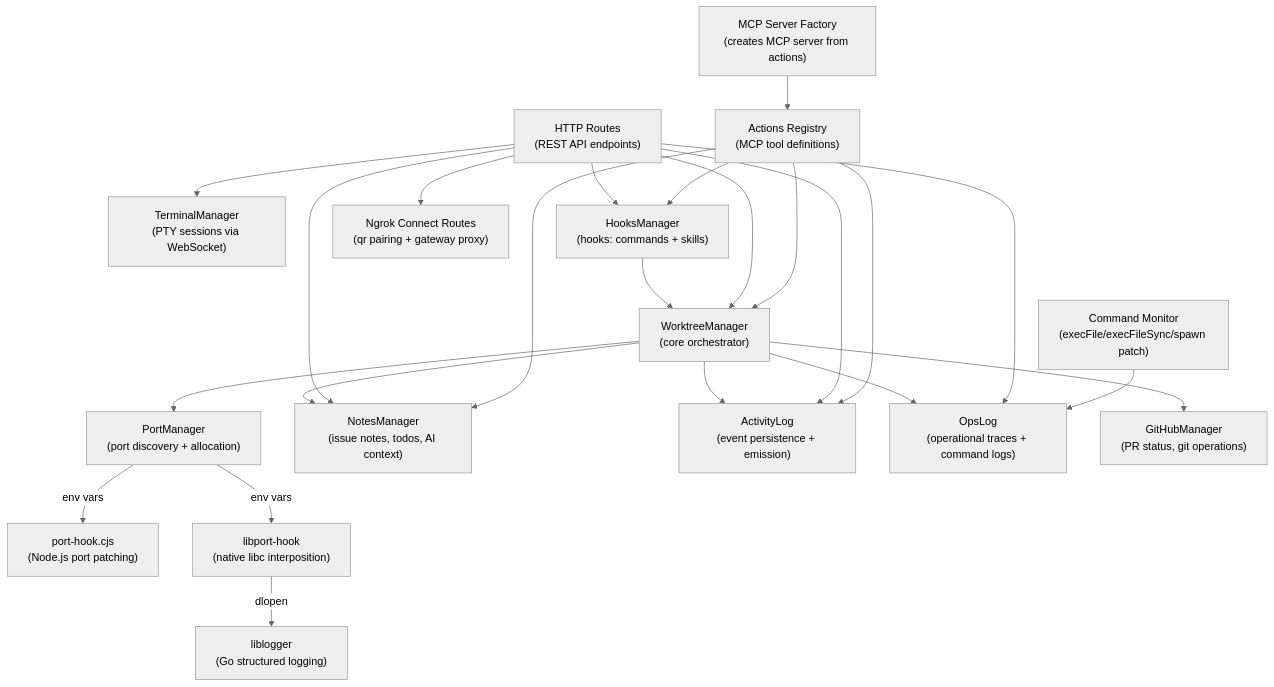
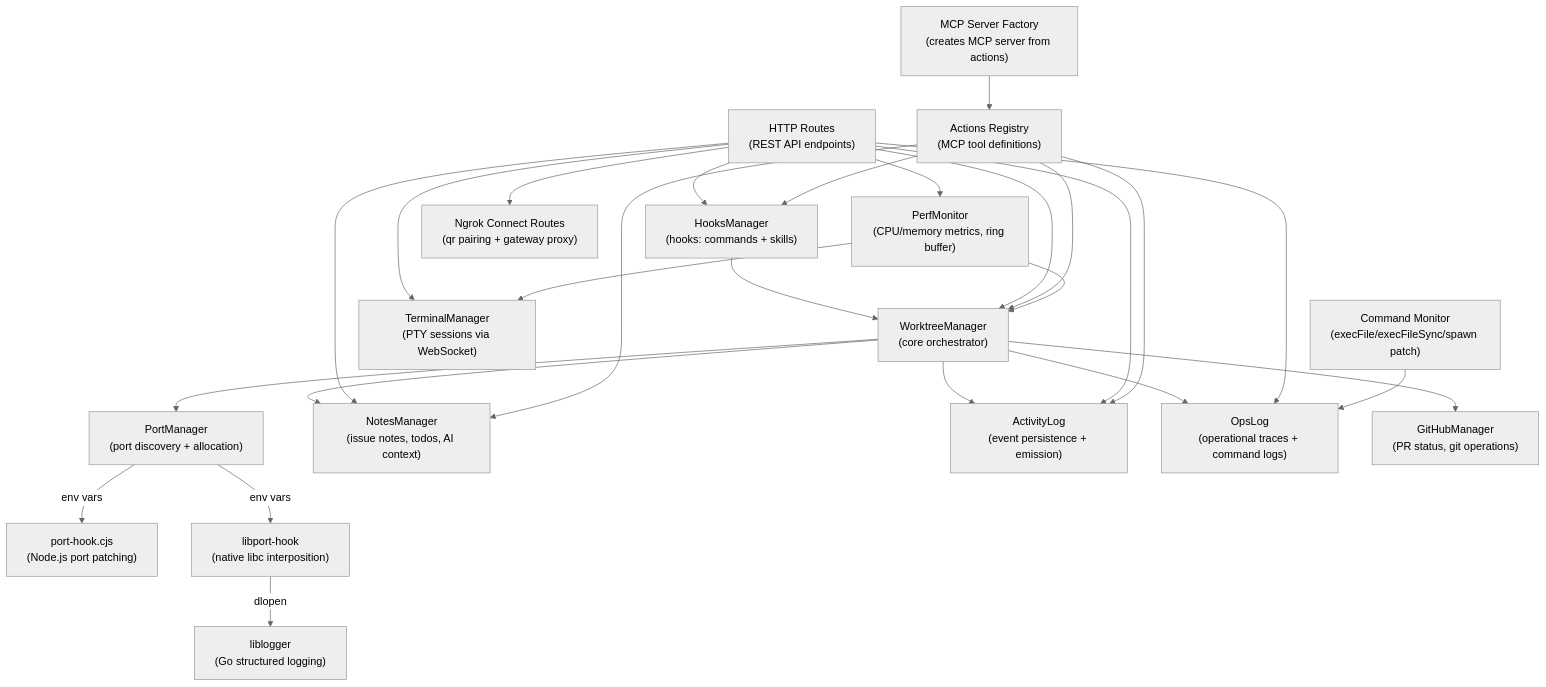
Before and after one commit to fum4/openkit: the second of 3 diagrams in docs/ARCHITECTURE.md, drawn with Mermaid (neutral theme). The commit also changed other lines of this file and 46 other files, not shown here.

````diff
--- a/docs/ARCHITECTURE.md
+++ b/docs/ARCHITECTURE.md
@@ -36,42 +36,46 @@
 ```mermaid
 flowchart TB
     WM["WorktreeManager\n(core orchestrator)"]
     PM["PortManager\n(port discovery + allocation)"]
     TM["TerminalManager\n(PTY sessions via WebSocket)"]
     NM["NotesManager\n(issue notes, todos, AI context)"]
     AL["ActivityLog\n(event persistence + emission)"]
     OL["OpsLog\n(operational traces + command logs)"]
     CM["Command Monitor\n(execFile/execFileSync/spawn patch)"]
     VM["HooksManager\n(hooks: commands + skills)"]
+    PerfMon["PerfMonitor\n(CPU/memory metrics, ring buffer)"]
     NC["Ngrok Connect Routes\n(qr pairing + gateway proxy)"]
     GH["GitHubManager\n(PR status, git operations)"]
     Hook["port-hook.cjs\n(Node.js port patching)"]
     NativeHook["libport-hook\n(native libc interposition)"]
     LoggerLib["liblogger\n(Go structured logging)"]
     Actions["Actions Registry\n(MCP tool definitions)"]
     McpFactory["MCP Server Factory\n(creates MCP server from actions)"]
     Routes["HTTP Routes\n(REST API endpoints)"]
 
     WM --> PM
     WM --> NM
     WM --> AL
     WM --> OL
     WM --> GH
     VM --> WM
     Routes --> WM
     Routes --> TM
     Routes --> NM
     Routes --> VM
     Routes --> AL
     Routes --> OL
     Routes --> NC
     Actions --> WM
     Actions --> NM
     Actions --> VM
     Actions --> AL
     CM --> OL
+    PerfMon --> WM
+    PerfMon --> TM
+    Routes --> PerfMon
     McpFactory --> Actions
     PM -->|env vars| Hook
     PM -->|env vars| NativeHook
     NativeHook -->|dlopen| LoggerLib
 ```
````
